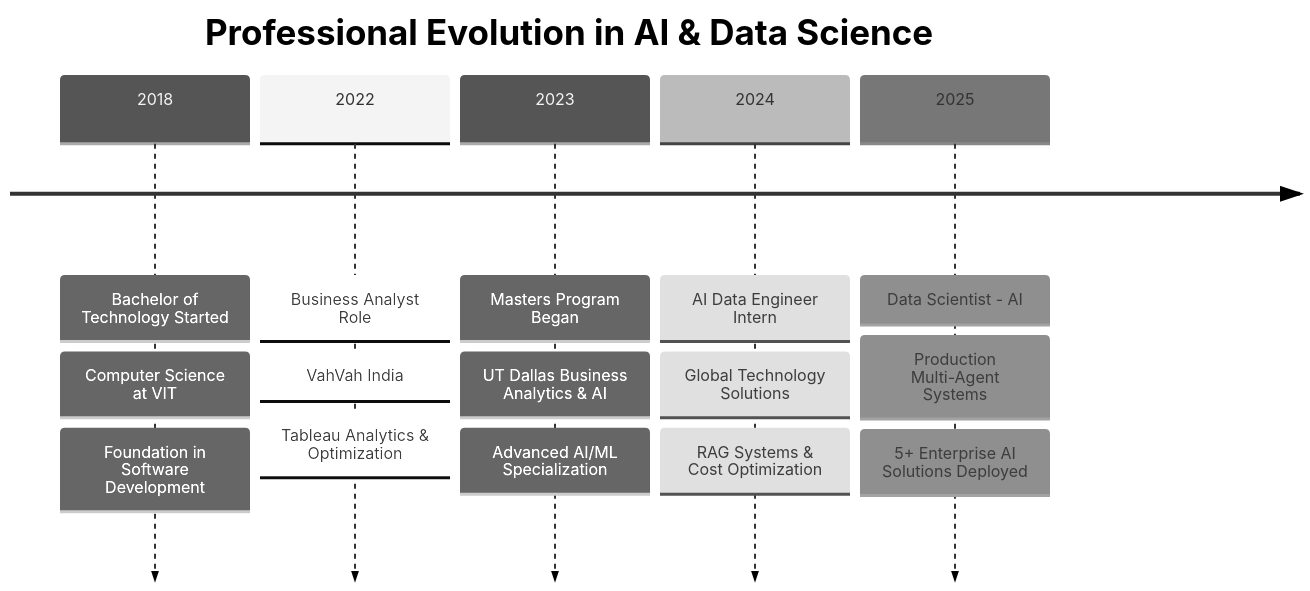
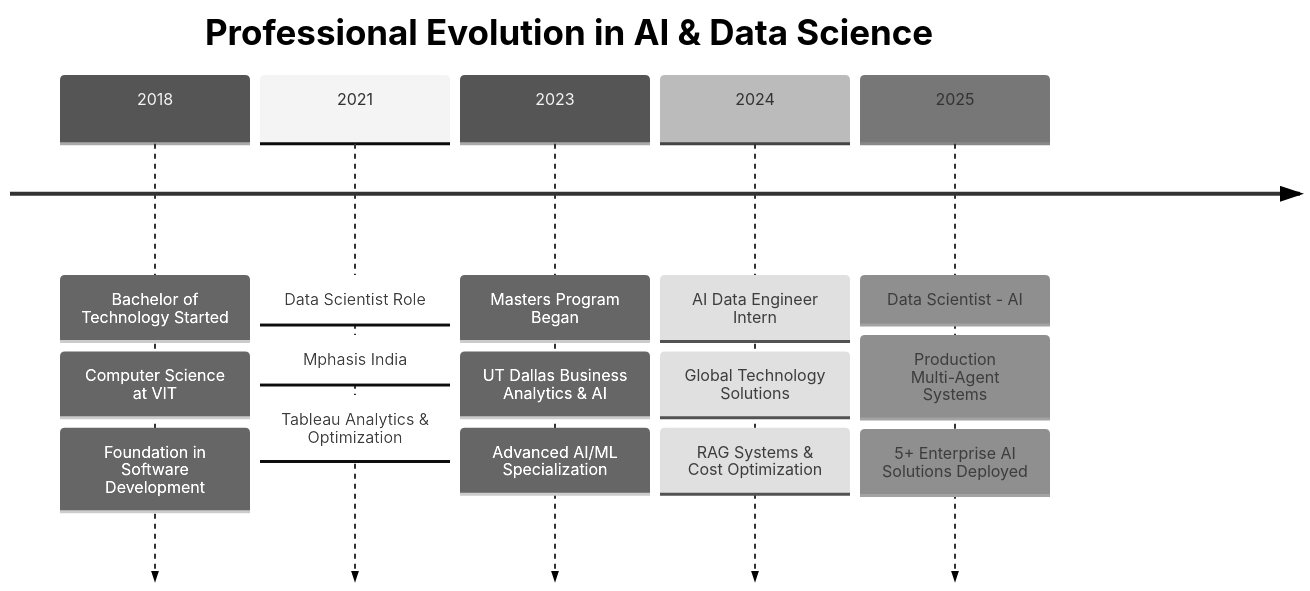
The second of 2 diagrams in README.md (vamsee9201/vamsee9201), drawn with Mermaid (neutral theme) before and after one commit. The commit also changed other lines of this file, not shown here.

````diff
--- a/README.md
+++ b/README.md
@@ -118,19 +118,19 @@
 ```mermaid
 timeline
     title Professional Evolution in AI & Data Science
     2018 : Bachelor of Technology Started
          : Computer Science at VIT
          : Foundation in Software Development
-    2022 : Business Analyst Role
-         : VahVah India
+    2021 : Data Scientist Role
+         : Mphasis India
          : Tableau Analytics & Optimization
     2023 : Masters Program Began
          : UT Dallas Business Analytics & AI
          : Advanced AI/ML Specialization
     2024 : AI Data Engineer Intern
          : Global Technology Solutions
          : RAG Systems & Cost Optimization
     2025 : Data Scientist - AI
          : Production Multi-Agent Systems
          : 5+ Enterprise AI Solutions Deployed
 ```
````
